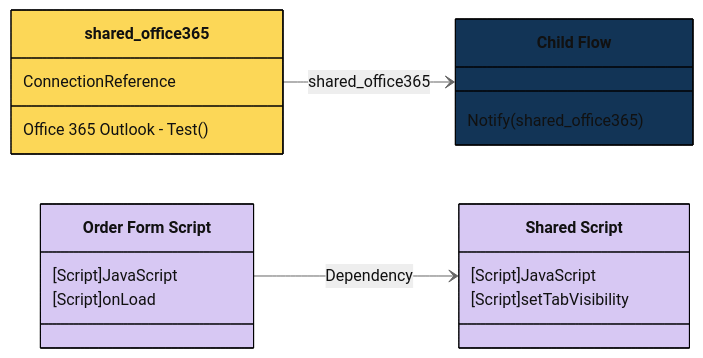
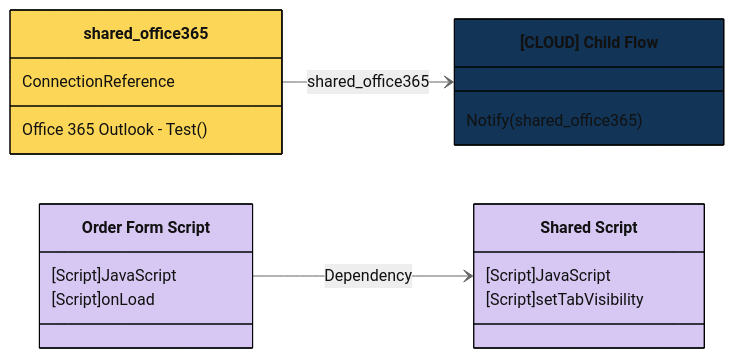
One commit to autosysops/PowerShell_PowerPlatformChecker changed the diagram in tests/fixtures/expected/ArchitectureDiagram.Flow.StyleOverride.expected.md. Above: the diagram before and after it, drawn with Mermaid (neutral theme). The commit also changed 203 other files, not shown here.

Commit message:
wip external connections and desktop flows

```diff
--- a/tests/fixtures/expected/ArchitectureDiagram.Flow.StyleOverride.expected.md
+++ b/tests/fixtures/expected/ArchitectureDiagram.Flow.StyleOverride.expected.md
@@ -1,30 +1,30 @@
 :::mermaid
 classDiagram
 direction LR
-class flow22222222-2222-2222-2222-222222222222["Child Flow"]:::Flow {
+class flow22222222-2222-2222-2222-222222222222["[CLOUD] Child Flow"]:::Flow {
     Notify(shared_office365)
 }
 class shared_office365:::Connection {
   ConnectionReference
   Office 365 Outlook - Test()
 }
 class ppc_script_OrderForm_js["Order Form Script"]:::WebResource {
   [Script]JavaScript
   [Script]onLoad
 }
 class ppc_script_Shared_js["Shared Script"]:::WebResource {
   [Script]JavaScript
   [Script]setTabVisibility
 }
 shared_office365 --> flow22222222-2222-2222-2222-222222222222:shared_office365
 ppc_script_OrderForm_js --> ppc_script_Shared_js:Dependency
 classDef default fill:red,stroke:#010203
 classDef EnvVar fill:#DF9A57,stroke:#010203
 classDef Connection fill:#FCD757,stroke:#010203
 classDef Entity fill:#B56784,stroke:#010203
 classDef DefaultEntity fill:#71374D,stroke:#010203
 classDef Flow fill:#123456,stroke:#010203
 classDef CanvasApp fill:#8BC34A,stroke:#010203
 classDef ModelDrivenApp fill:#7BAFD4,stroke:#010203
 classDef WebResource fill:#D7C8F3,stroke:#010203
 :::
```
